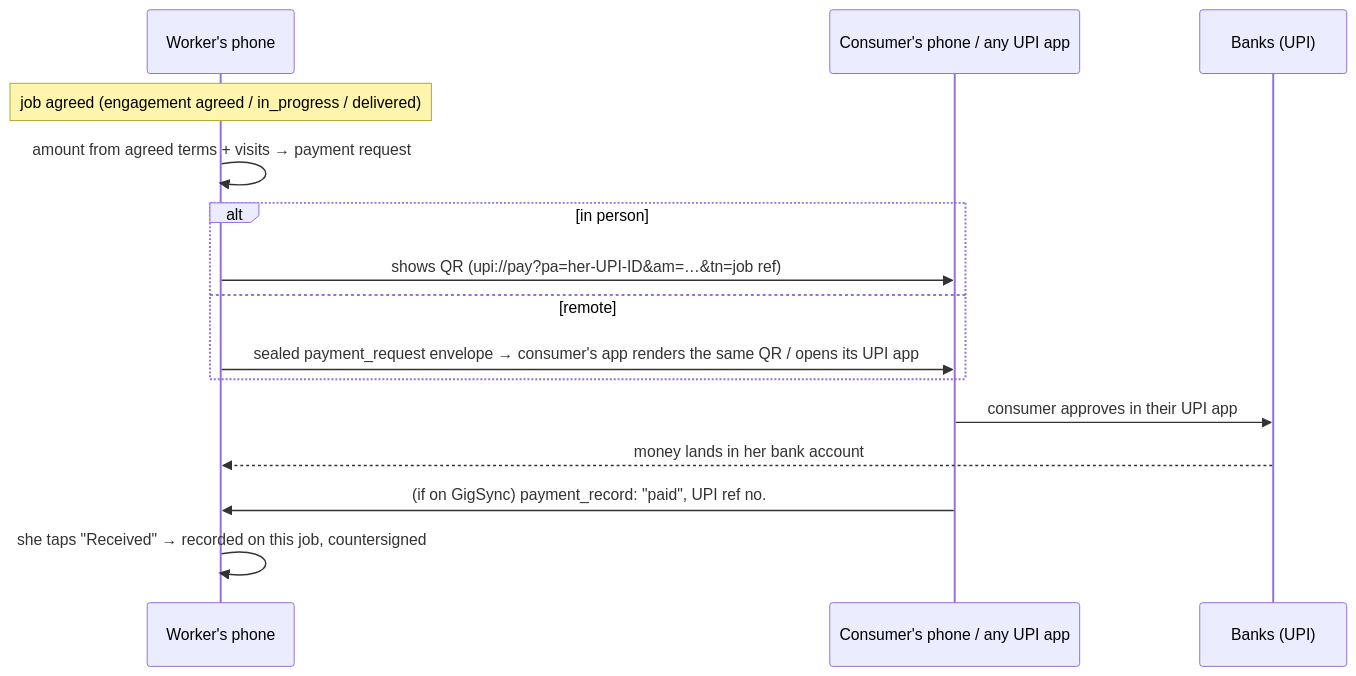
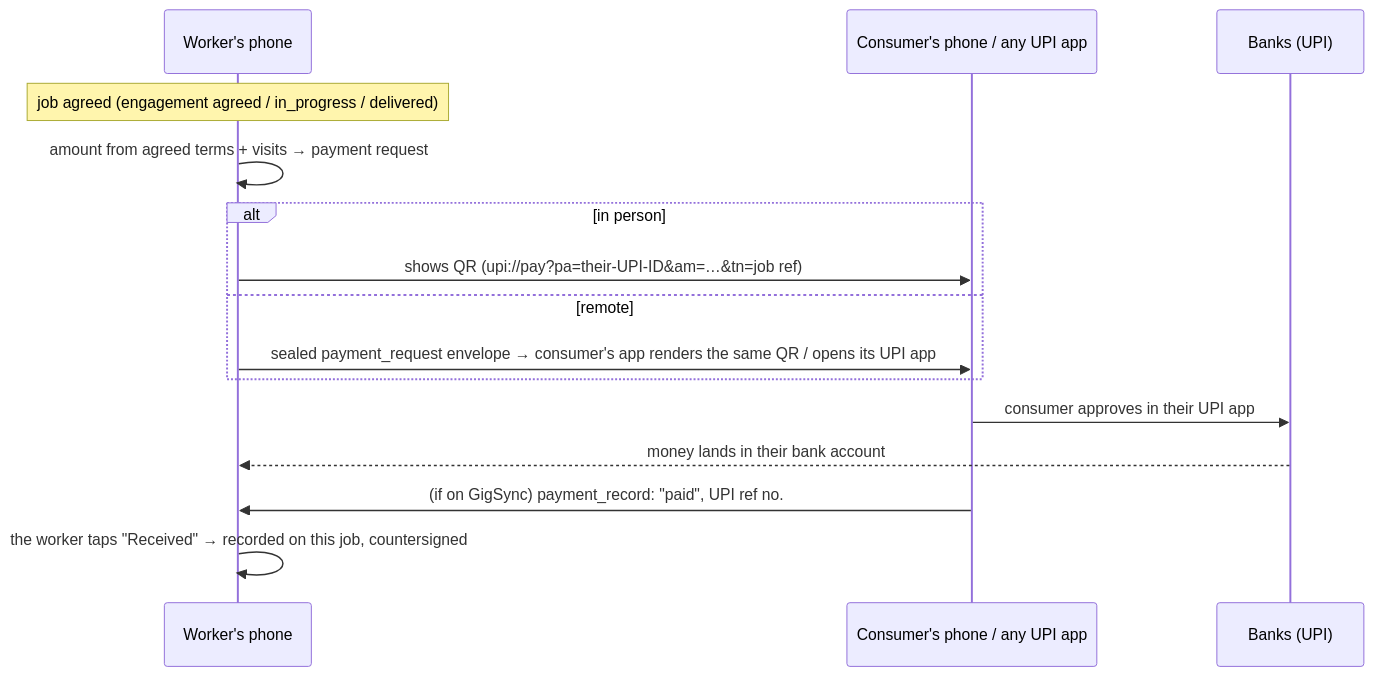
Before and after one commit to kirav5/GigSync: the fourth of 4 diagrams in docs/gigsync/HLD.md, drawn with Mermaid. The commit also changed other lines of this file and 22 other files, not shown here.

````diff
--- a/docs/gigsync/HLD.md
+++ b/docs/gigsync/HLD.md
@@ -187,17 +187,17 @@
 ```mermaid
 sequenceDiagram
   participant W as Worker's phone
   participant C as Consumer's phone / any UPI app
   participant B as Banks (UPI)
   Note over W: job agreed (engagement agreed / in_progress / delivered)
   W->>W: amount from agreed terms + visits → payment request
   alt in person
-    W->>C: shows QR (upi://pay?pa=her-UPI-ID&am=…&tn=job ref)
+    W->>C: shows QR (upi://pay?pa=their-UPI-ID&am=…&tn=job ref)
   else remote
     W->>C: sealed payment_request envelope → consumer's app renders the same QR / opens its UPI app
   end
   C->>B: consumer approves in their UPI app
-  B-->>W: money lands in her bank account
+  B-->>W: money lands in their bank account
   C->>W: (if on GigSync) payment_record: "paid", UPI ref no.
-  W->>W: she taps "Received" → recorded on this job, countersigned
+  W->>W: the worker taps "Received" → recorded on this job, countersigned
 ```
````
